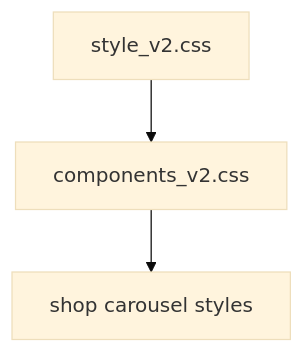
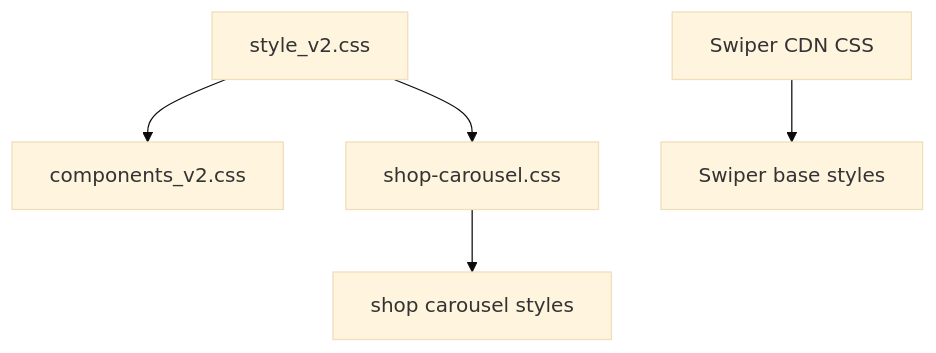
The fifth of 6 diagrams in docs/設計_下部ECカルーセル.md (vibe-coding-world/musekinin-recipe-chapdaddy), drawn with Mermaid (base theme) before and after one commit. The commit also changed other lines of this file and 3 other files, not shown here.

Commit message:
feat: integrate Swiper assets into ShopBanner component and add security attributes to banner link

````diff
--- a/docs/設計_下部ECカルーセル.md
+++ b/docs/設計_下部ECカルーセル.md
@@ -54,5 +76,7 @@
 ```mermaid
 flowchart TD
   A[style_v2.css] --> B[components_v2.css]
-  B --> C[shop carousel styles]
+  A --> C[shop-carousel.css]
+  D[Swiper CDN CSS] --> E[Swiper base styles]
+  C --> F[shop carousel styles]
 ```
````
